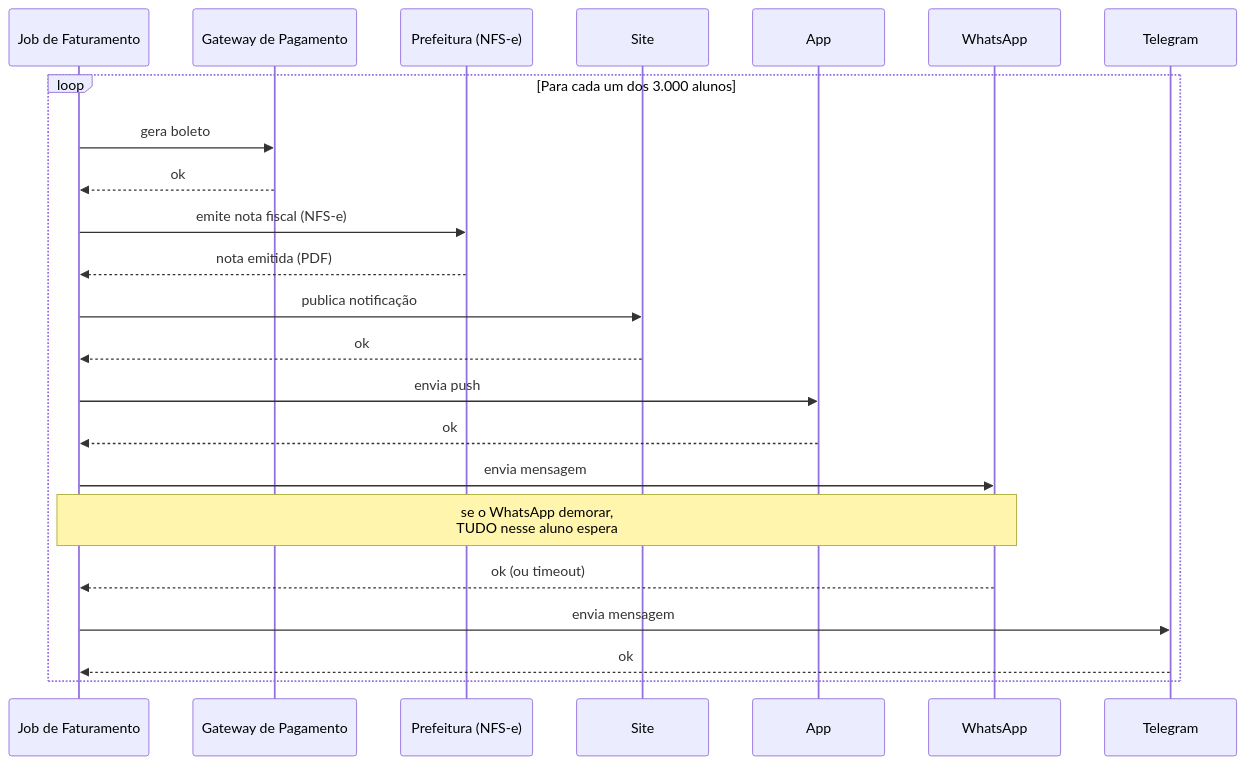
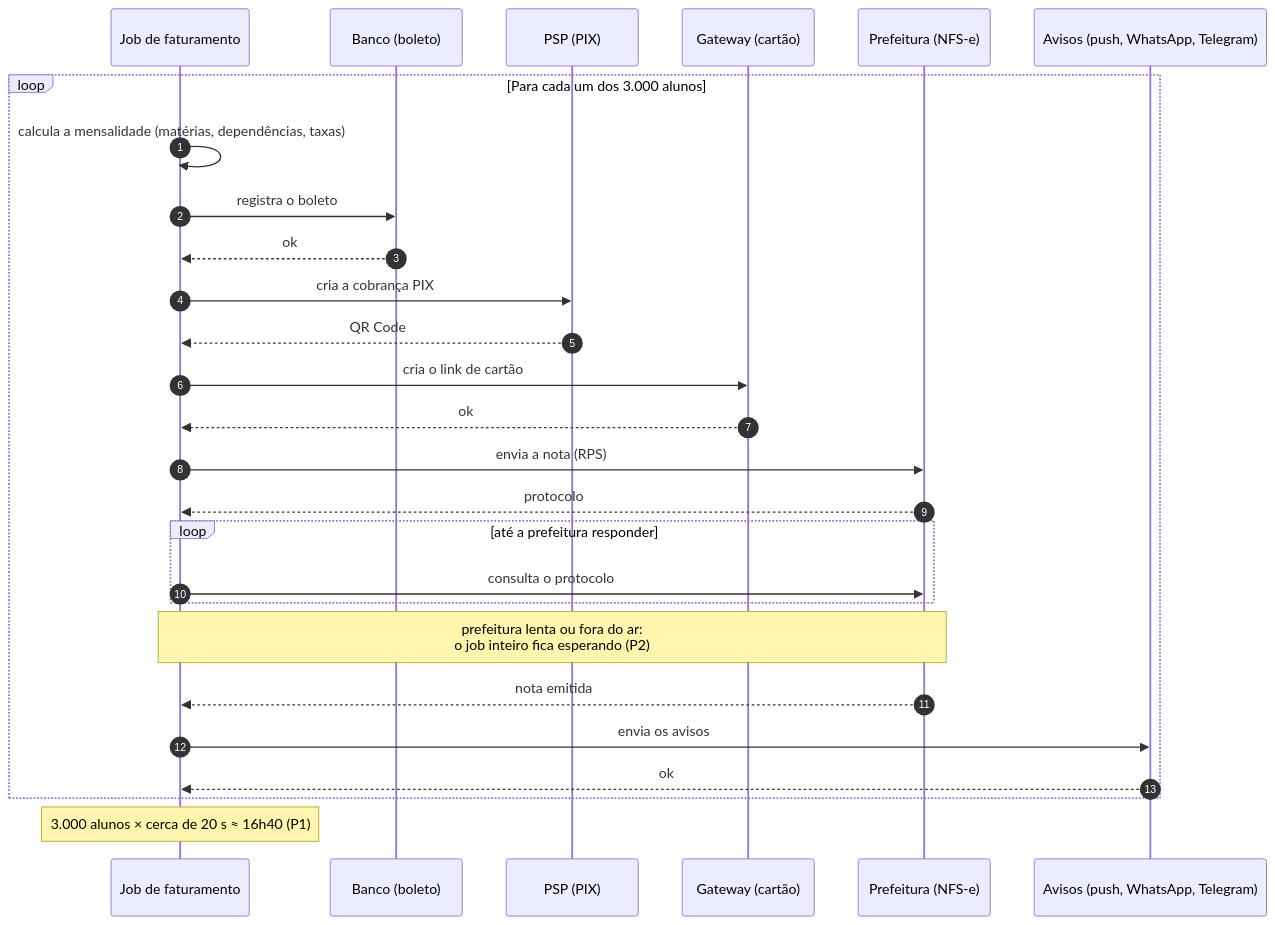
One commit to lealnetosena/colegio-leal changed the second of 4 diagrams in diagramas/01-arquitetura-atual.md. Above: the diagram before and after it, drawn with Mermaid. The commit also changed other lines of this file and 1 other file, not shown here.

First line of the commit message:
docs: consolida arquitetura atual (problematica) num unico diagrama, mais legivel

````diff
--- a/diagramas/01-arquitetura-atual.md
+++ b/diagramas/01-arquitetura-atual.md
@@ -28,26 +88,30 @@
 ```mermaid
 sequenceDiagram
-    participant Job as Job de Faturamento
-    participant Pag as Gateway de Pagamento
-    participant NFSe as Prefeitura (NFS-e)
-    participant Site as Site
-    participant App as App
-    participant WA as WhatsApp
-    participant TG as Telegram
+    autonumber
+    participant J as Job de faturamento
+    participant B as Banco (boleto)
+    participant X as PSP (PIX)
+    participant C as Gateway (cartão)
+    participant P as Prefeitura (NFS-e)
+    participant N as Avisos (push, WhatsApp, Telegram)
 
     loop Para cada um dos 3.000 alunos
-        Job->>Pag: gera boleto
-        Pag-->>Job: ok
-        Job->>NFSe: emite nota fiscal (NFS-e)
-        NFSe-->>Job: nota emitida (PDF)
-        Job->>Site: publica notificação
-        Site-->>Job: ok
-        Job->>App: envia push
-        App-->>Job: ok
-        Job->>WA: envia mensagem
-        Note over Job,WA: se o WhatsApp demorar,<br/>TUDO nesse aluno espera
-        WA-->>Job: ok (ou timeout)
-        Job->>TG: envia mensagem
-        TG-->>Job: ok
+        J->>J: calcula a mensalidade (matérias, dependências, taxas)
+        J->>B: registra o boleto
+        B-->>J: ok
+        J->>X: cria a cobrança PIX
+        X-->>J: QR Code
+        J->>C: cria o link de cartão
+        C-->>J: ok
+        J->>P: envia a nota (RPS)
+        P-->>J: protocolo
+        loop até a prefeitura responder
+            J->>P: consulta o protocolo
+        end
+        Note over J,P: prefeitura lenta ou fora do ar:<br/>o job inteiro fica esperando (P2)
+        P-->>J: nota emitida
+        J->>N: envia os avisos
+        N-->>J: ok
     end
+    Note over J: 3.000 alunos × cerca de 20 s ≈ 16h40 (P1)
 ```
````
